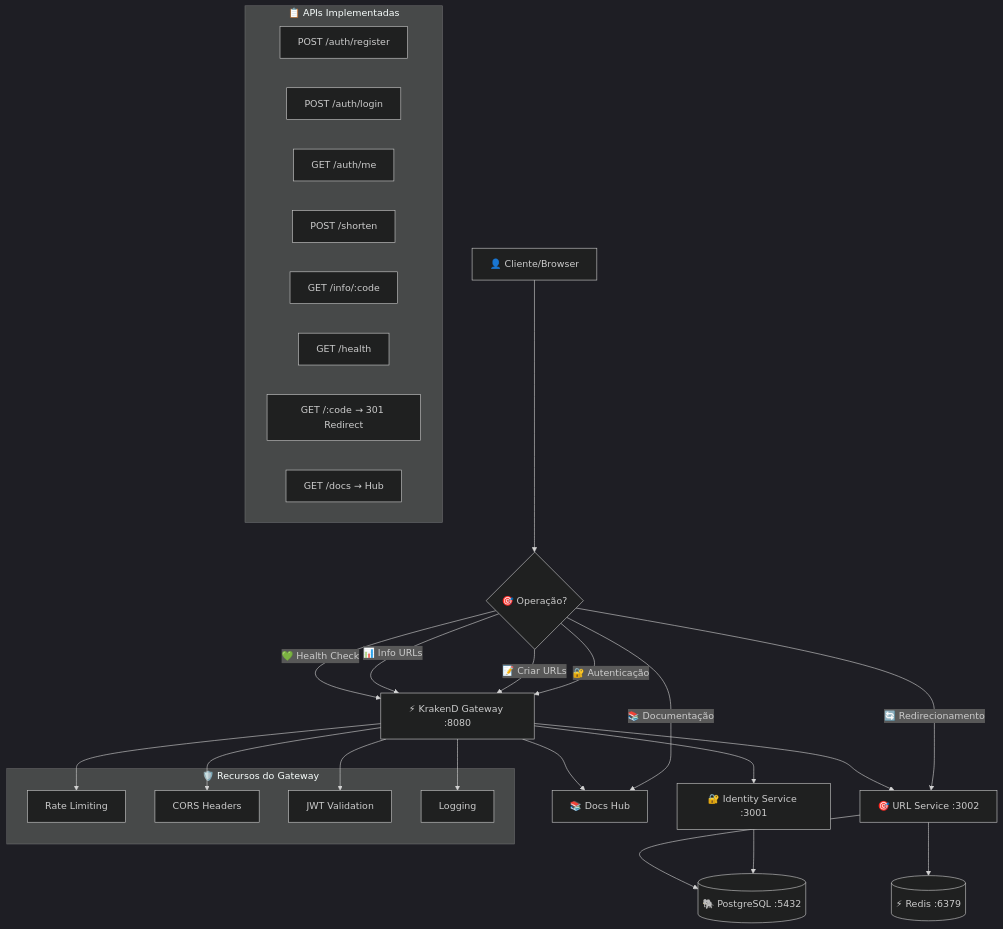
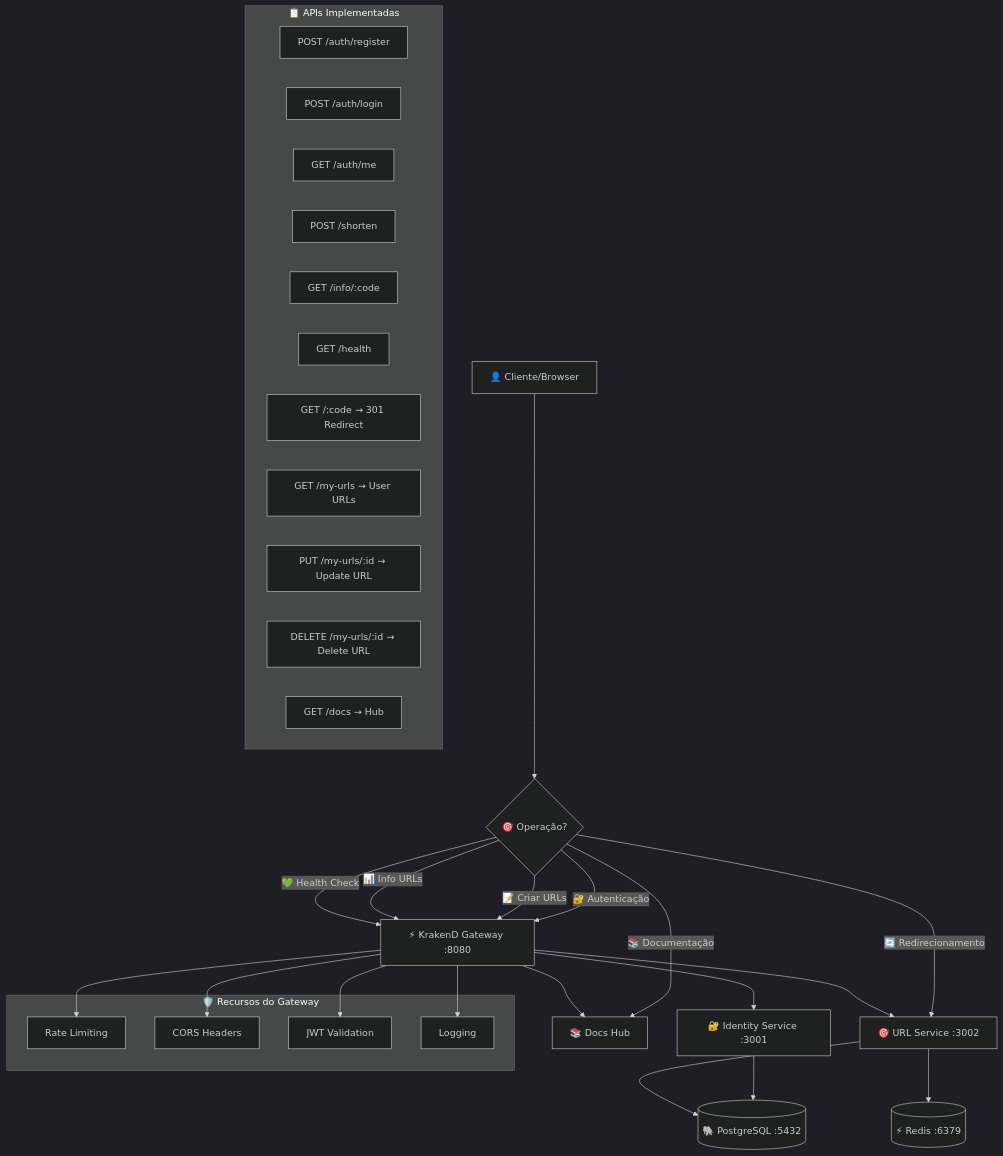
One commit to gbbgabriel/url-shortener-platform changed the diagram in README.md. Above: the diagram before and after it, drawn with Mermaid (dark theme). The commit also changed other lines of this file and 25 other files, not shown here.

First line of the commit message:
🚀 Release 0.3.0: User URL Management + Personal Dashboard

````diff
--- a/README.md
+++ b/README.md
@@ -204,43 +217,46 @@
 ```mermaid
 flowchart TD
     Client[👤 Cliente/Browser] --> Gateway{🎯 Operação?}
 
     Gateway -->|🔐 Autenticação| KrakenD[⚡ KrakenD Gateway :8080]
     Gateway -->|📝 Criar URLs| KrakenD
     Gateway -->|📊 Info URLs| KrakenD
     Gateway -->|💚 Health Check| KrakenD
 
     Gateway -->|🔄 Redirecionamento| URLService[🎯 URL Service :3002]
     Gateway -->|📚 Documentação| DocsHub[📚 Docs Hub]
 
     KrakenD --> IdentityService[🔐 Identity Service :3001]
     KrakenD --> URLService
     KrakenD --> DocsHub
 
     IdentityService --> DB[(🐘 PostgreSQL :5432)]
     URLService --> DB
     URLService --> Cache[(⚡ Redis :6379)]
 
     subgraph "🛡️ Recursos do Gateway"
         RL[Rate Limiting]
         CORS[CORS Headers]
         JWT[JWT Validation]
         LOG[Logging]
     end
 
     KrakenD --> RL
     KrakenD --> CORS
     KrakenD --> JWT
     KrakenD --> LOG
 
     subgraph "📋 APIs Implementadas"
         AUTH1[POST /auth/register]
         AUTH2[POST /auth/login]
         AUTH3[GET /auth/me]
         API1[POST /shorten]
         API2[GET /info/:code]
         API3[GET /health]
         API4[GET /:code → 301 Redirect]
+        API5[GET /my-urls → User URLs]
+        API6[PUT /my-urls/:id → Update URL]
+        API7[DELETE /my-urls/:id → Delete URL]
         DOCS1[GET /docs → Hub]
     end
 ```
````
